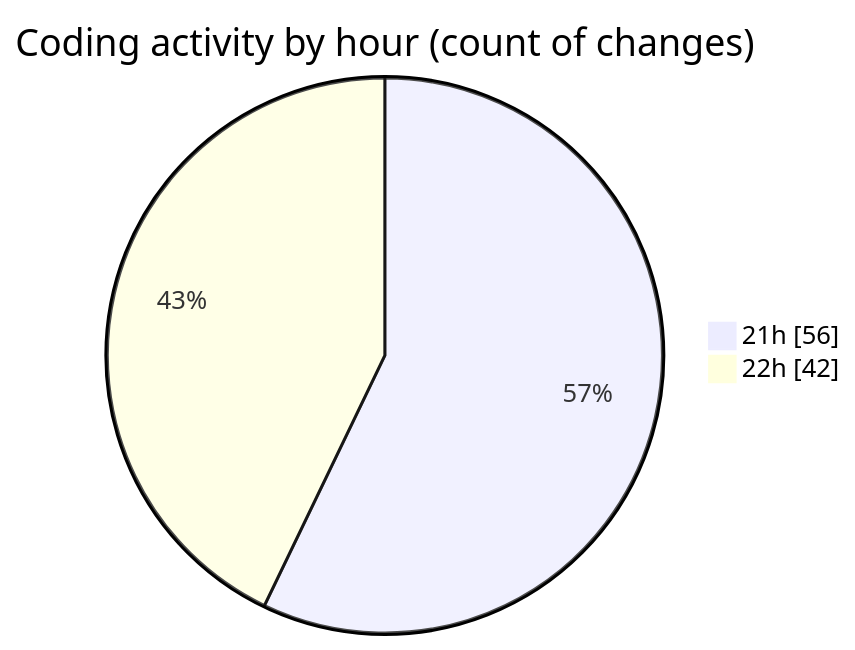
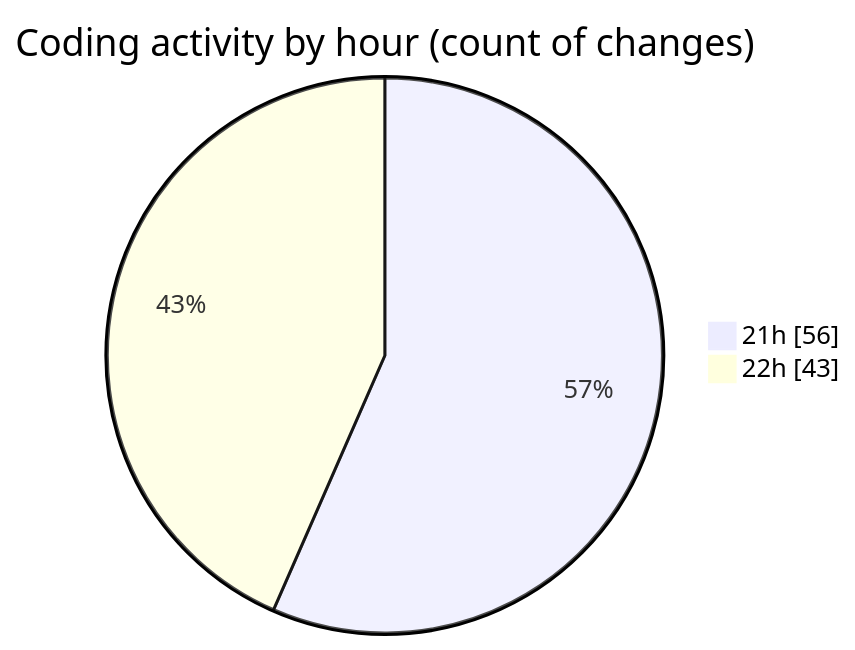
Before and after one commit to Netris89/code-tracking: the second of 2 diagrams in 2025-03-26/echo/README.md, drawn with Mermaid. The commit also changed other lines of this file and 1 other file, not shown here.

````diff
--- a/2025-03-26/echo/README.md
+++ b/2025-03-26/echo/README.md
@@ -34,6 +34,6 @@
 ```mermaid
 pie showData
 title Coding activity by hour (count of changes)
 "21h" : 56
-"22h" : 42
+"22h" : 43
 ```
````
